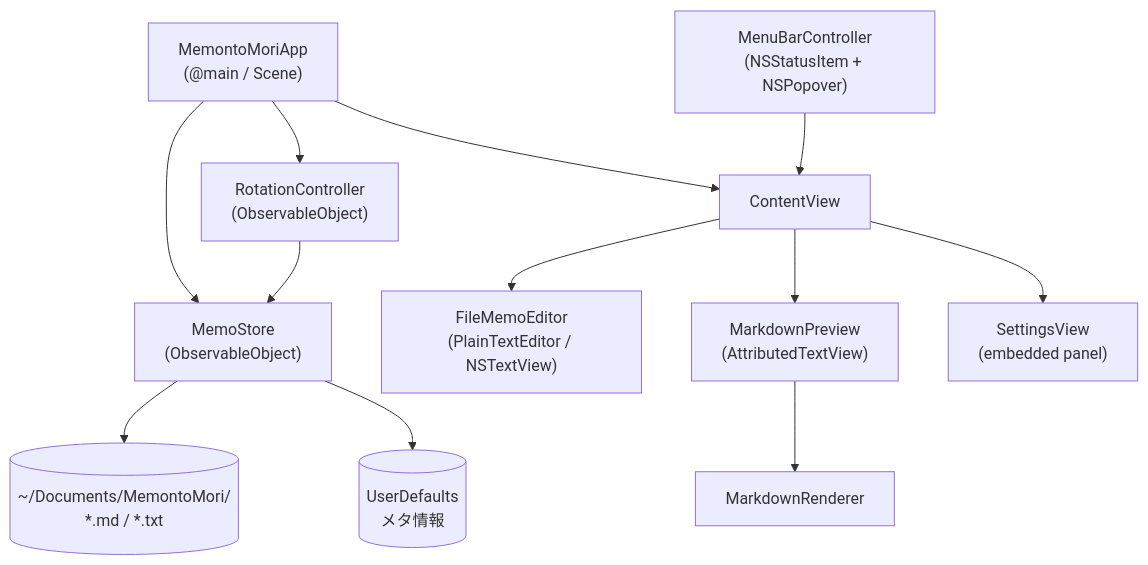
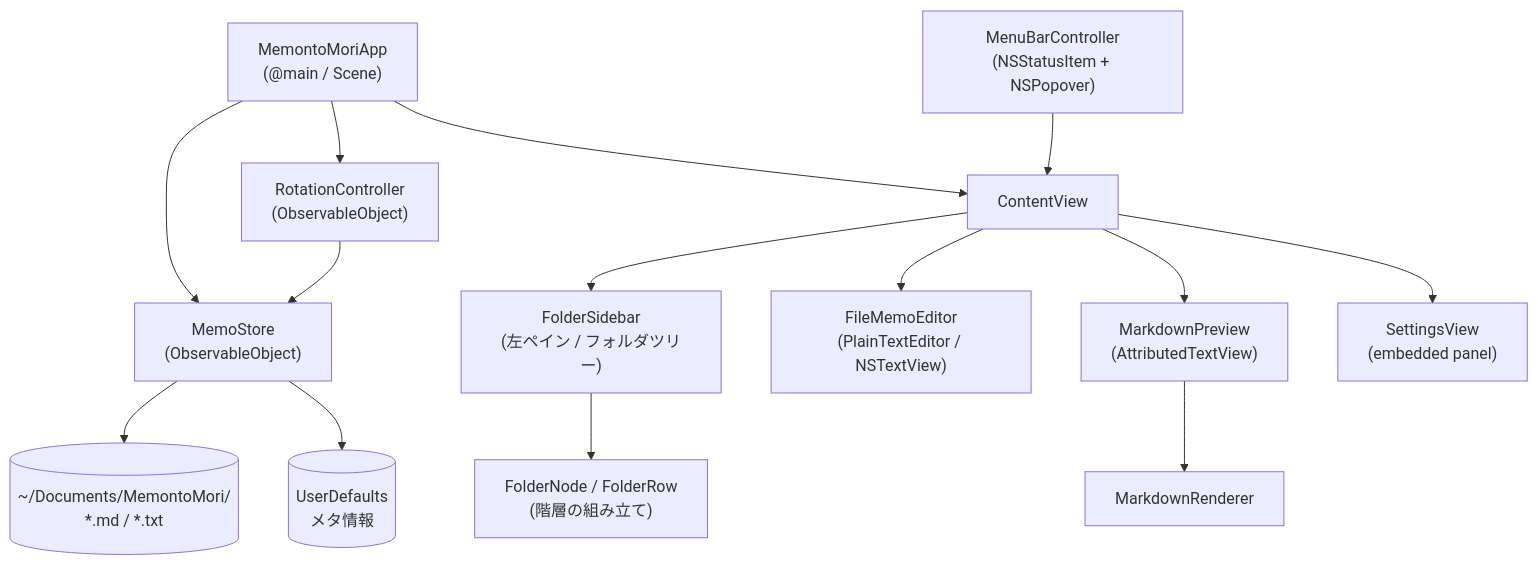
Before and after one commit to kimi8-lapi16/MemontoMori: the first of 2 diagrams in docs/architecture.md, drawn with Mermaid. The commit also changed other lines of this file and 7 other files, not shown here.

````diff
--- a/docs/architecture.md
+++ b/docs/architecture.md
@@ -15,16 +15,19 @@
 ```mermaid
 graph TD
     App["MemontoMoriApp<br/>(@main / Scene)"] --> Store["MemoStore<br/>(ObservableObject)"]
     App --> Rotation["RotationController<br/>(ObservableObject)"]
     Rotation --> Store
     App --> CV["ContentView"]
 
+    CV --> Sidebar["FolderSidebar<br/>(左ペイン / フォルダツリー)"]
     CV --> Editor["FileMemoEditor<br/>(PlainTextEditor / NSTextView)"]
     CV --> Preview["MarkdownPreview<br/>(AttributedTextView)"]
     CV --> Settings["SettingsView<br/>(embedded panel)"]
+
+    Sidebar --> Tree["FolderNode / FolderRow<br/>(階層の組み立て)"]
 
     Preview --> MR["MarkdownRenderer"]
     Store --> FS[("~/Documents/MemontoMori/<br/>*.md / *.txt")]
     Store --> UD[("UserDefaults<br/>メタ情報")]
     Menu["MenuBarController<br/>(NSStatusItem + NSPopover)"] --> CV
 ```
````
